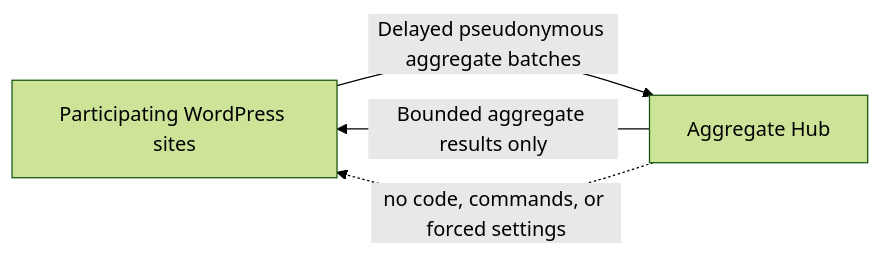
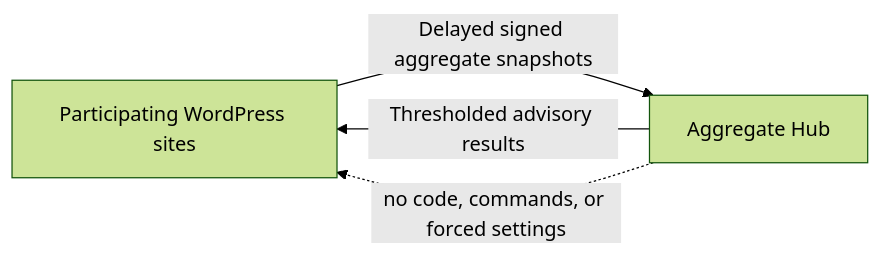
One commit to at-shift/atshift-semantic-deterrence changed the diagram in README.md. Above: the diagram before and after it, drawn with Mermaid (forest theme). The commit also changed other lines of this file and 54 other files, not shown here.

Commit message:
Add aggregate Hub and harden public pilot

````diff
--- a/README.md
+++ b/README.md
@@ -70,6 +19,6 @@
 ```mermaid
 flowchart LR
-    A[Participating WordPress sites] -->|Delayed pseudonymous aggregate batches| H[Aggregate Hub]
-    H -->|Bounded aggregate results only| A
-    H -. no code, commands, or forced settings .-> A
+    W[Participating WordPress sites] -->|Delayed signed aggregate snapshots| H[Aggregate Hub]
+    H -->|Thresholded advisory results| W
+    H -. no code, commands, or forced settings .-> W
 ```
````
